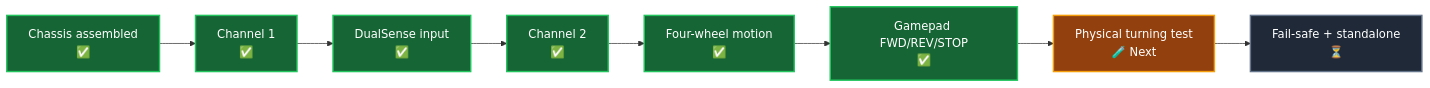
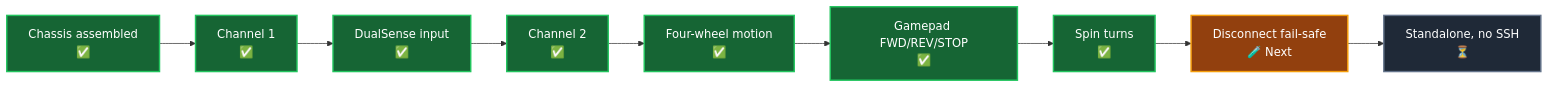
One commit to AndyChen227/RoverPi changed the first of 6 diagrams in README.md. Above: the diagram before and after it, drawn with Mermaid. The commit also changed other lines of this file and 9 other files, not shown here.

````diff
--- a/README.md
+++ b/README.md
@@ -102,17 +102,18 @@
 ```mermaid
 flowchart LR
     A["Chassis assembled<br/>✅"] --> B["Channel 1<br/>✅"]
     B --> C["DualSense input<br/>✅"]
     C --> D["Channel 2<br/>✅"]
     D --> E["Four-wheel motion<br/>✅"]
     E --> F["Gamepad FWD/REV/STOP<br/>✅"]
-    F --> G["Physical turning test<br/>🧪 Next"]
-    G --> H["Fail-safe + standalone<br/>⏳"]
+    F --> G["Spin turns<br/>✅"]
+    G --> H["Disconnect fail-safe<br/>🧪 Next"]
+    H --> I["Standalone, no SSH<br/>⏳"]
 
     classDef done fill:#166534,color:#fff,stroke:#22c55e,stroke-width:2px;
     classDef next fill:#92400e,color:#fff,stroke:#f59e0b,stroke-width:2px;
     classDef pending fill:#1f2937,color:#fff,stroke:#64748b,stroke-width:2px;
-    class A,B,C,D,E,F done;
-    class G next;
-    class H pending;
+    class A,B,C,D,E,F,G done;
+    class H next;
+    class I pending;
 ```
````
